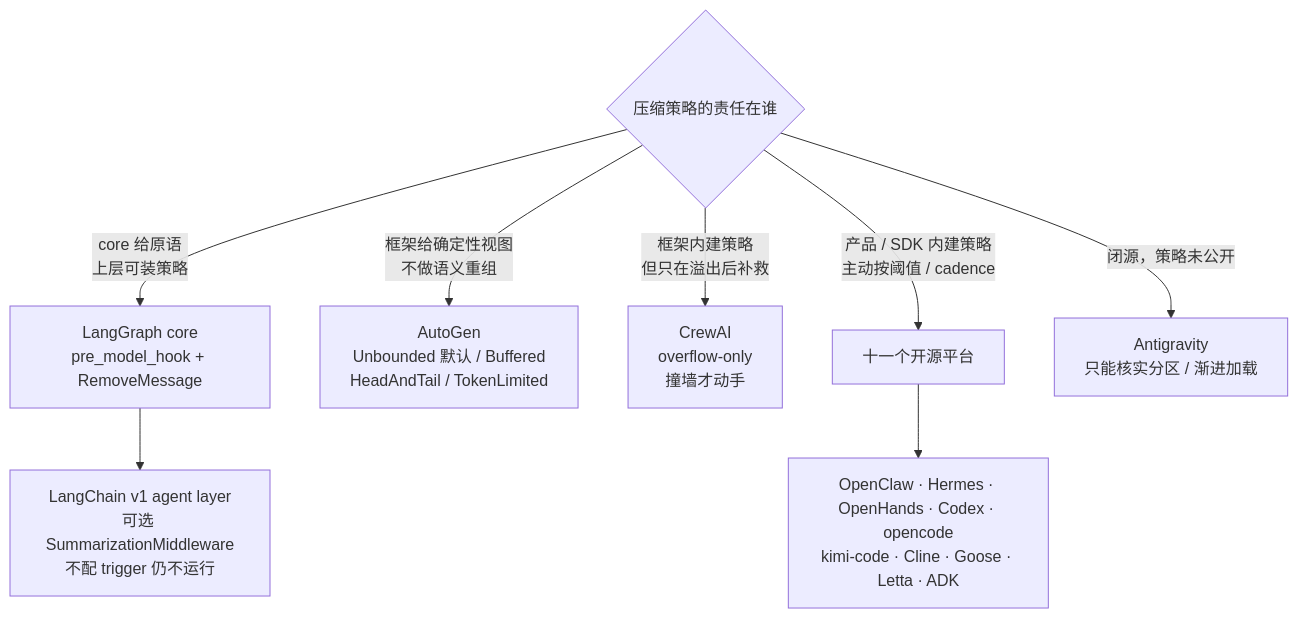
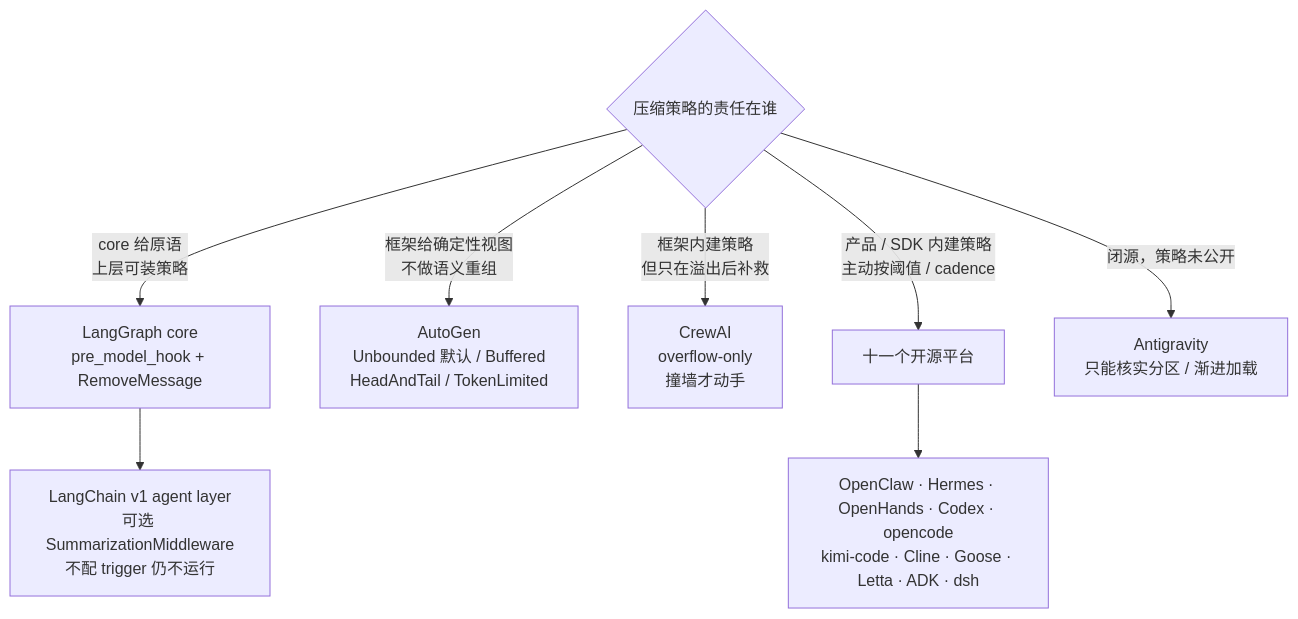
One commit to caiboyang/ML-learning changed diagram 17 of 19 in agent-context-compression/Agent_Context_Compression_Research.md. Above: the diagram before and after it, drawn with Mermaid. The commit also changed other lines of this file and 1 other file, not shown here.

First line of the commit message:
Fix the shrink-guard retry claim and scope dsh's defaults to real presets

````diff
--- a/agent-context-compression/Agent_Context_Compression_Research.md
+++ b/agent-context-compression/Agent_Context_Compression_Research.md
@@ -2973,11 +3020,11 @@
 ```mermaid
 flowchart TD
     Q{"压缩策略的责任在谁"}
     Q -->|"core 给原语<br/>上层可装策略"| A["LangGraph core<br/>pre_model_hook + RemoveMessage"]
     A --> A1["LangChain v1 agent layer<br/>可选 SummarizationMiddleware<br/>不配 trigger 仍不运行"]
     Q -->|"框架给确定性视图<br/>不做语义重组"| B["AutoGen<br/>Unbounded 默认 / Buffered<br/>HeadAndTail / TokenLimited"]
     Q -->|"框架内建策略<br/>但只在溢出后补救"| D["CrewAI<br/>overflow-only<br/>撞墙才动手"]
     Q -->|"产品 / SDK 内建策略<br/>主动按阈值 / cadence"| C["十一个开源平台"]
     Q -->|"闭源，策略未公开"| E["Antigravity<br/>只能核实分区 / 渐进加载"]
-    C --> C2["OpenClaw · Hermes · OpenHands · Codex · opencode<br/>kimi-code · Cline · Goose · Letta · ADK"]
+    C --> C2["OpenClaw · Hermes · OpenHands · Codex · opencode<br/>kimi-code · Cline · Goose · Letta · ADK · dsh"]
 ```
````
